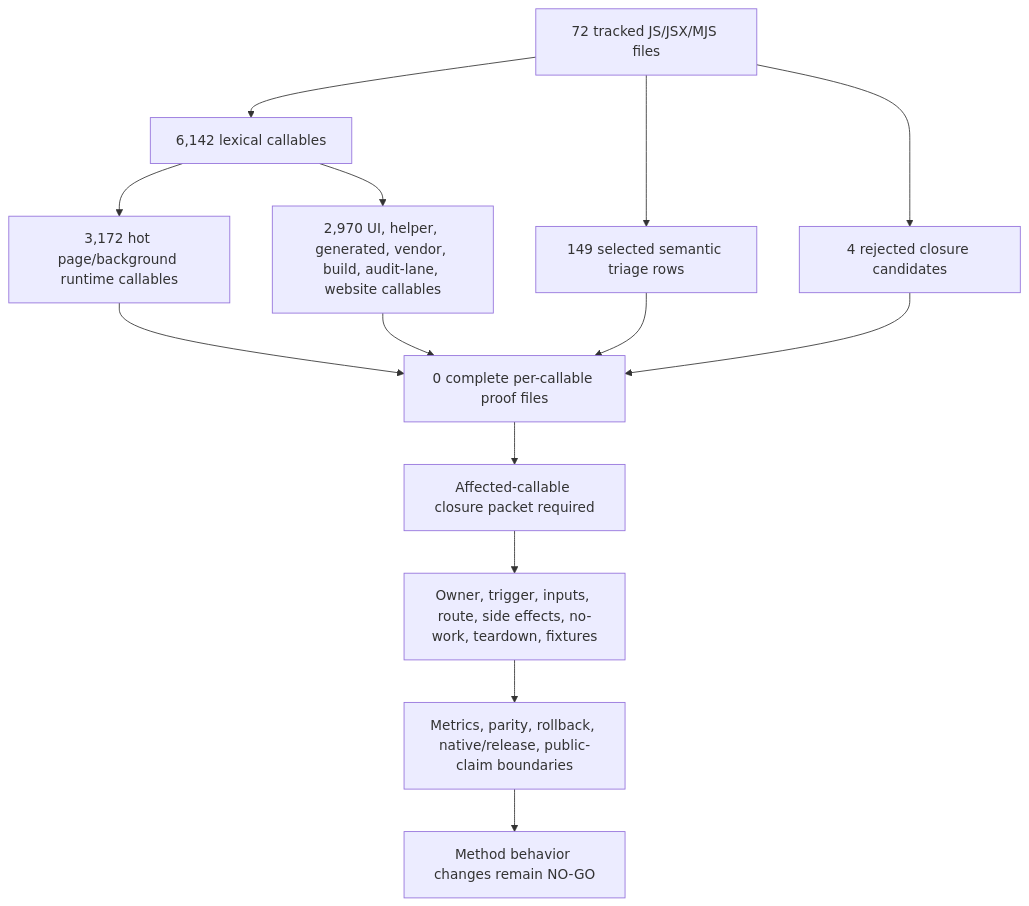
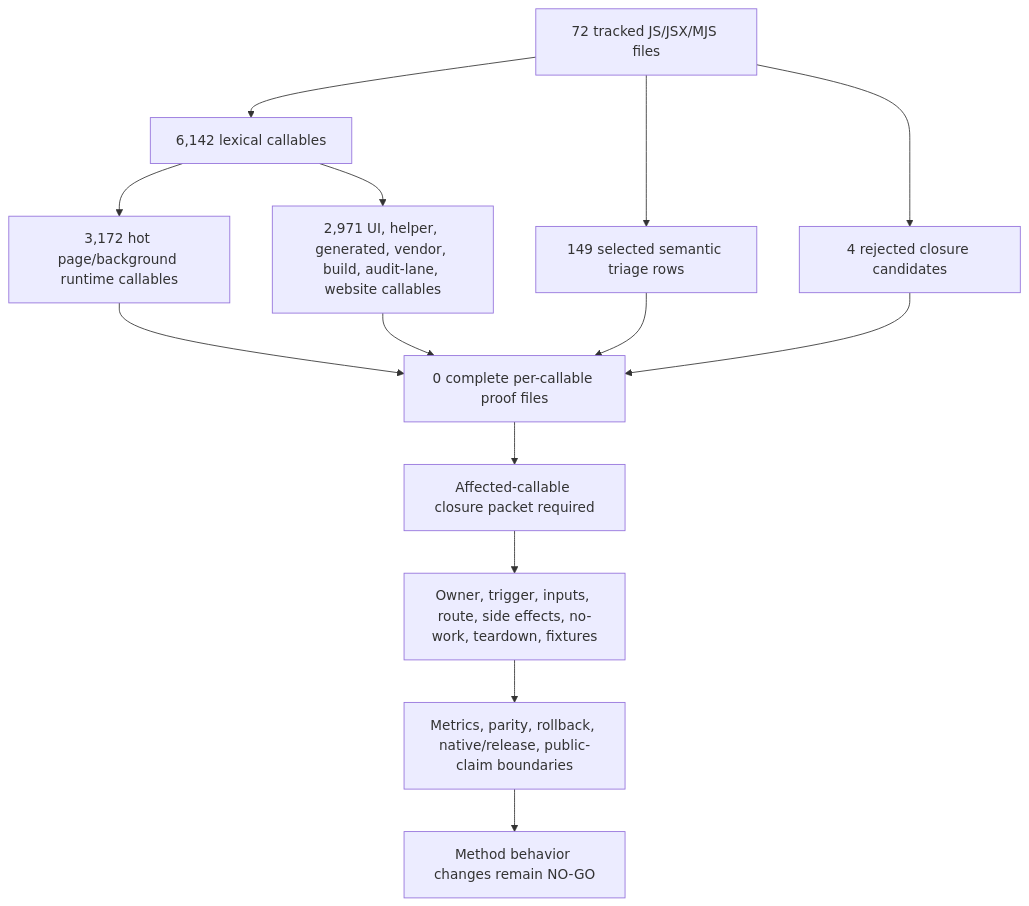
Before and after one commit to varshneydevansh/FilterTube: the first of 2 diagrams in docs/audit/FILTERTUBE_METHOD_SEMANTIC_PROOF_GAP_INDEX_CURRENT_BEHAVIOR_2026-05-25.md, drawn with Mermaid. The commit also changed other lines of this file and 54 other files, not shown here.

````diff
--- a/docs/audit/FILTERTUBE_METHOD_SEMANTIC_PROOF_GAP_INDEX_CURRENT_BEHAVIOR_2026-05-25.md
+++ b/docs/audit/FILTERTUBE_METHOD_SEMANTIC_PROOF_GAP_INDEX_CURRENT_BEHAVIOR_2026-05-25.md
@@ -147,16 +147,16 @@
 ```mermaid
 flowchart TD
   A["72 tracked JS/JSX/MJS files"] --> B["6,142 lexical callables"]
   B --> C["3,172 hot page/background runtime callables"]
-  B --> D["2,970 UI, helper, generated, vendor, build, audit-lane, website callables"]
+  B --> D["2,971 UI, helper, generated, vendor, build, audit-lane, website callables"]
   A --> E["149 selected semantic triage rows"]
   A --> F["4 rejected closure candidates"]
   C --> G["0 complete per-callable proof files"]
   D --> G
   E --> G
   F --> G
   G --> H["Affected-callable closure packet required"]
   H --> I["Owner, trigger, inputs, route, side effects, no-work, teardown, fixtures"]
   I --> J["Metrics, parity, rollback, native/release, public-claim boundaries"]
   J --> K["Method behavior changes remain NO-GO"]
 ```
````
